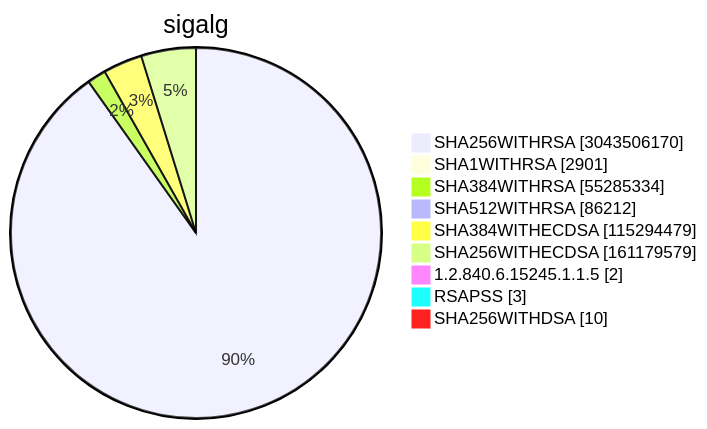
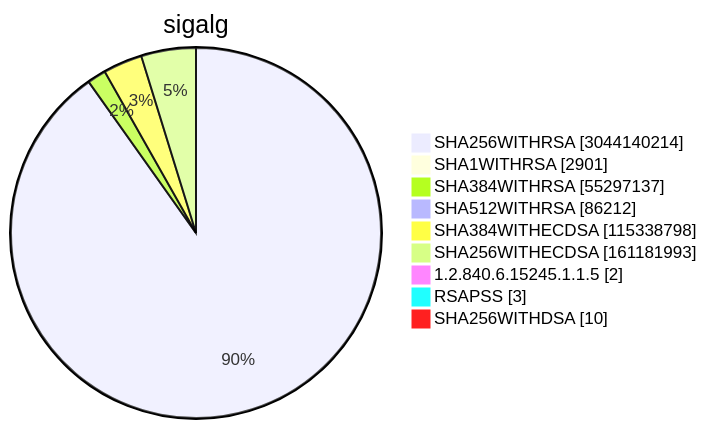
Diagram 15 of 15 in TOTAL/README.md (christiankrug/ctmonitor_visualization), drawn with Mermaid before and after one commit. The commit also changed other lines of this file, not shown here.

````diff
--- a/TOTAL/README.md
+++ b/TOTAL/README.md
@@ -6208,13 +6208,13 @@
 ```mermaid
 pie showData
 title sigalg
-"SHA256WITHRSA" :3043506170
+"SHA256WITHRSA" :3044140214
 "SHA1WITHRSA" :2901
-"SHA384WITHRSA" :55285334
+"SHA384WITHRSA" :55297137
 "SHA512WITHRSA" :86212
-"SHA384WITHECDSA" :115294479
-"SHA256WITHECDSA" :161179579
+"SHA384WITHECDSA" :115338798
+"SHA256WITHECDSA" :161181993
 "1.2.840.6.15245.1.1.5" :2
 "RSAPSS" :3
 "SHA256WITHDSA" :10
 ```
````
